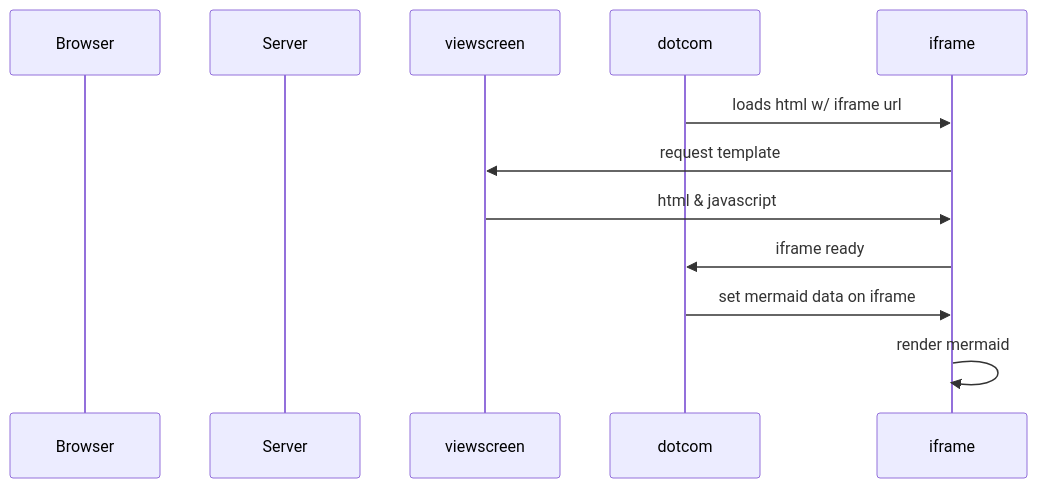
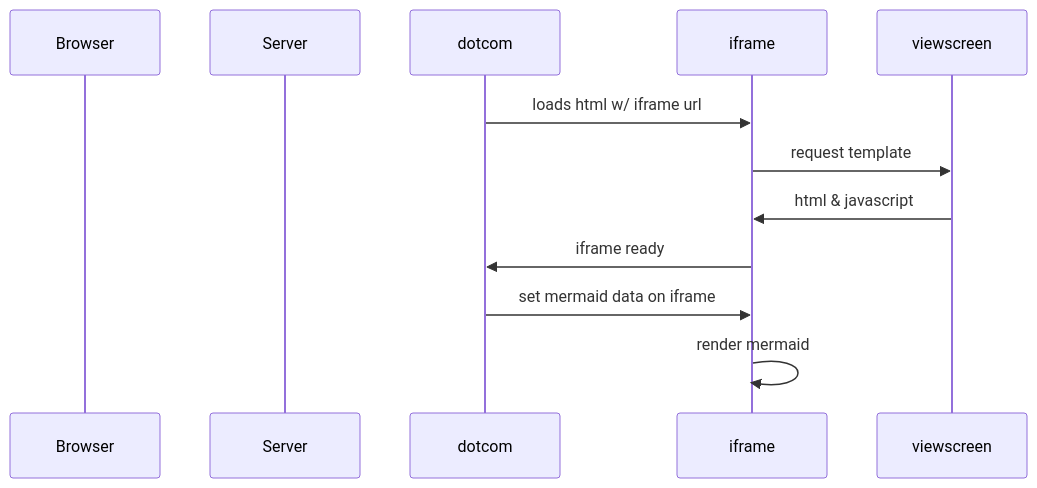
Before and after one commit to JhonTheRipper89/SequenceDiagram: the diagram in README.md, drawn with Mermaid.

````diff
--- a/README.md
+++ b/README.md
@@ -2,12 +2,11 @@
 ```mermaid
 sequenceDiagram
     participant Browser
     participant Server
-    participant viewscreen
     dotcom->>iframe: loads html w/ iframe url
     iframe->>viewscreen: request template
     viewscreen->>iframe: html & javascript
     iframe->>dotcom: iframe ready
     dotcom->>iframe: set mermaid data on iframe
     iframe->>iframe: render mermaid
 ```
````
